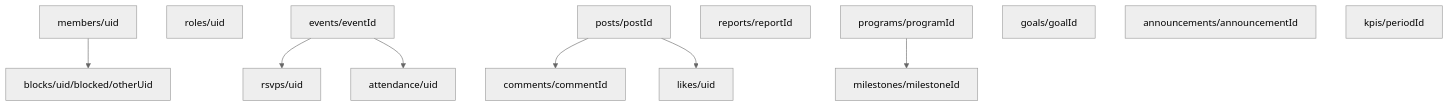
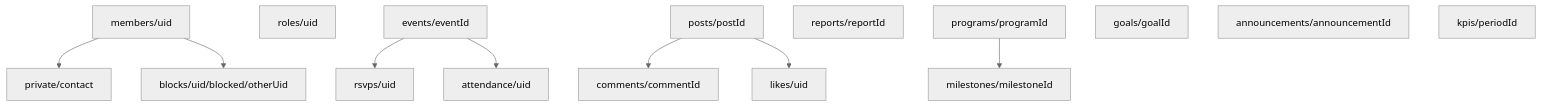
Before and after one commit to TitusNeyland/SigmaSigmaLambdaConnect: the diagram in docs/data-model.md, drawn with Mermaid (neutral theme). The commit also changed other lines of this file and 42 other files, not shown here.

````diff
--- a/docs/data-model.md
+++ b/docs/data-model.md
@@ -20,14 +20,15 @@
 ```mermaid
 flowchart TD
-members[members/uid] --> blocked[blocks/uid/blocked/otherUid]
+members[members/uid] --> contact[private/contact]
+members --> blocked[blocks/uid/blocked/otherUid]
 roles[roles/uid]
 events[events/eventId] --> rsvps[rsvps/uid]
 events --> attendance[attendance/uid]
 posts[posts/postId] --> comments[comments/commentId]
 posts --> likes[likes/uid]
 reports[reports/reportId]
 programs[programs/programId] --> milestones[milestones/milestoneId]
 goals[goals/goalId]
 announcements[announcements/announcementId]
 kpis[kpis/periodId]
 ```
````
